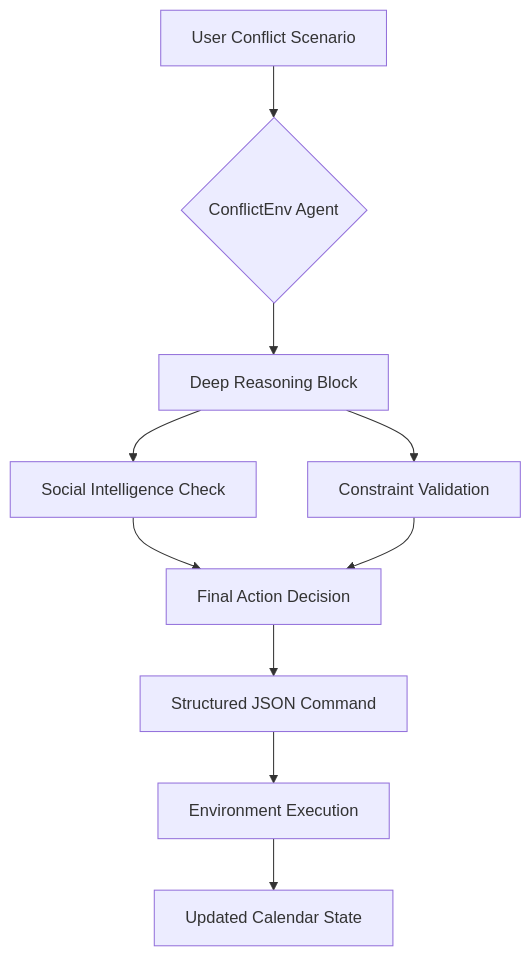
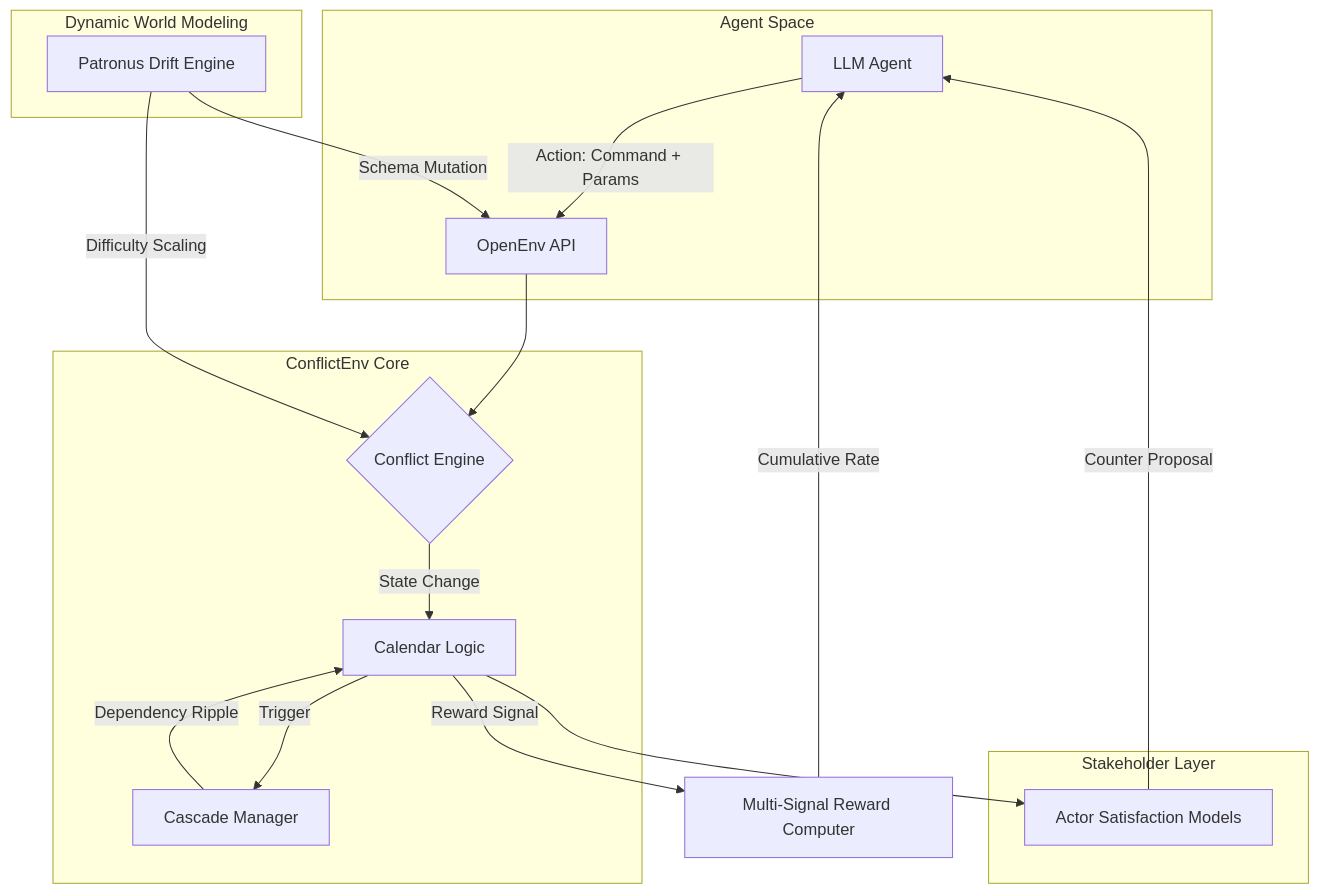
One commit to archittmittal/MetaxBangalore changed the first of 3 diagrams in README.md. Above: the diagram before and after it, drawn with Mermaid. The commit also changed other lines of this file and 27 other files, not shown here.

Commit message:
ConflictEnv v3.0: Full overhaul with OpenEnv compliance and Schema Drift

````diff
--- a/README.md
+++ b/README.md
@@ -25,12 +27,26 @@
 ```mermaid
 graph TD
-    A[User Conflict Scenario] --> B{ConflictEnv Agent}
-    B --> C[<thought> Deep Reasoning Block]
-    C --> D[Social Intelligence Check]
-    C --> E[Constraint Validation]
-    D --> F[Final Action Decision]
-    E --> F
-    F --> G[Structured JSON Command]
-    G --> H[Environment Execution]
-    H --> I[Updated Calendar State]
+    subgraph "Agent Space"
+        A[LLM Agent] -->|Action: Command + Params| B[OpenEnv API]
+    end
+
+    subgraph "ConflictEnv Core"
+        B --> C{Conflict Engine}
+        C -->|State Change| D[Calendar Logic]
+        D -->|Trigger| E[Cascade Manager]
+        E -->|Dependency Ripple| D
+    end
+
+    subgraph "Stakeholder Layer"
+        D --> F[Actor Satisfaction Models]
+        F -->|Counter Proposal| A
+    end
+
+    subgraph "Dynamic World Modeling"
+        G[Patronus Drift Engine] -->|Schema Mutation| B
+        G -->|Difficulty Scaling| C
+    end
+
+    D -->|Reward Signal| H[Multi-Signal Reward Computer]
+    H -->|Cumulative Rate| A
 ```
````
